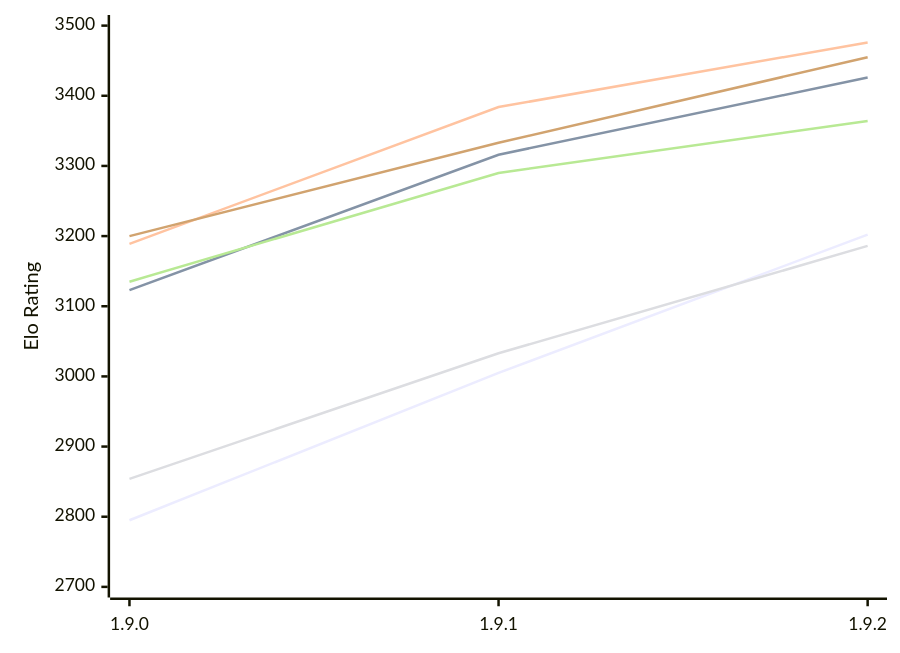
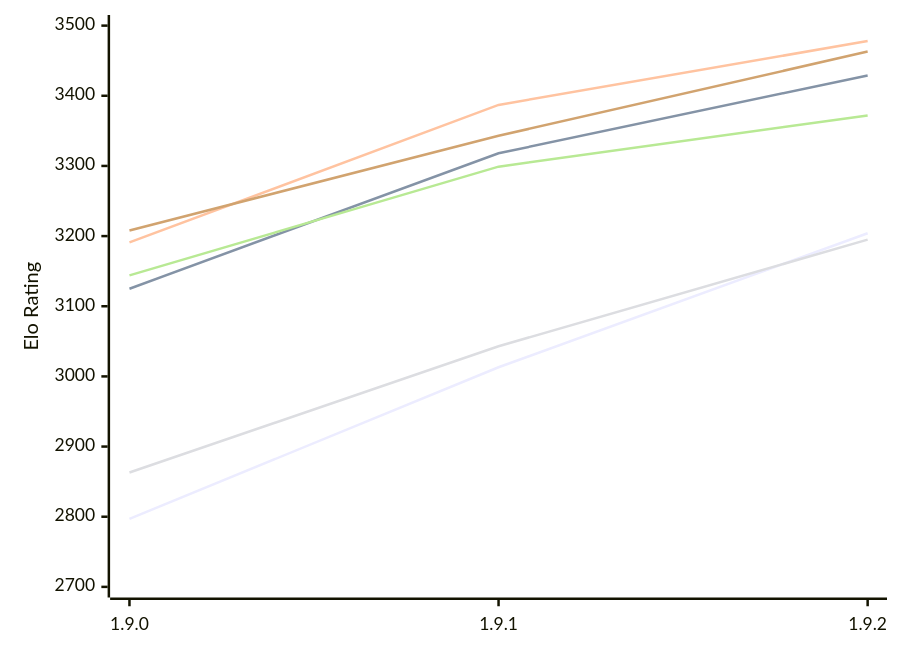
One commit to computer-chess-index/cci changed the diagram in engines/Superpawn.md. Above: the diagram before and after it, drawn with Mermaid. The commit also changed other lines of this file, not shown here.

Commit message:
Update CCI Ratings (ELO VLTC) - 2026-11-25

````diff
--- a/engines/Superpawn.md
+++ b/engines/Superpawn.md
@@ -51,12 +51,12 @@
 ```mermaid
 %%{init: {"theme":"base","themeVariables":{"seriesColors:['#a3a3a3','#222221','#faa371']}}}%%
 xychart-beta
   x-axis ["1.9.0", "1.9.1", "1.9.2"]
   y-axis "Elo Rating" 2700 --> 3500
-  line "E1: STC (8.0+0.08s)" [2795, 3005, 3202]
-  line "E1: LTC (60.0+0.60s)" [3123, 3316, 3426]
-  line "E1: VLTC (2m24s+1.12s)" [3189, 3384, 3476]
-  line "P1: STC (8.0+0.08s)" [2854, 3033, 3186]
-  line "P1: LTC (60.0+0.60s)" [3135, 3290, 3364]
-  line "P1: VLTC (2m24s+1.12s)" [3200, 3333, 3455]
+  line "E1: STC (8.0+0.08s)" [2797, 3013, 3204]
+  line "E1: LTC (60.0+0.60s)" [3125, 3318, 3429]
+  line "E1: VLTC (2m24s+1.12s)" [3191, 3387, 3478]
+  line "P1: STC (8.0+0.08s)" [2863, 3043, 3195]
+  line "P1: LTC (60.0+0.60s)" [3144, 3299, 3372]
+  line "P1: VLTC (2m24s+1.12s)" [3208, 3343, 3463]
 ```
````
